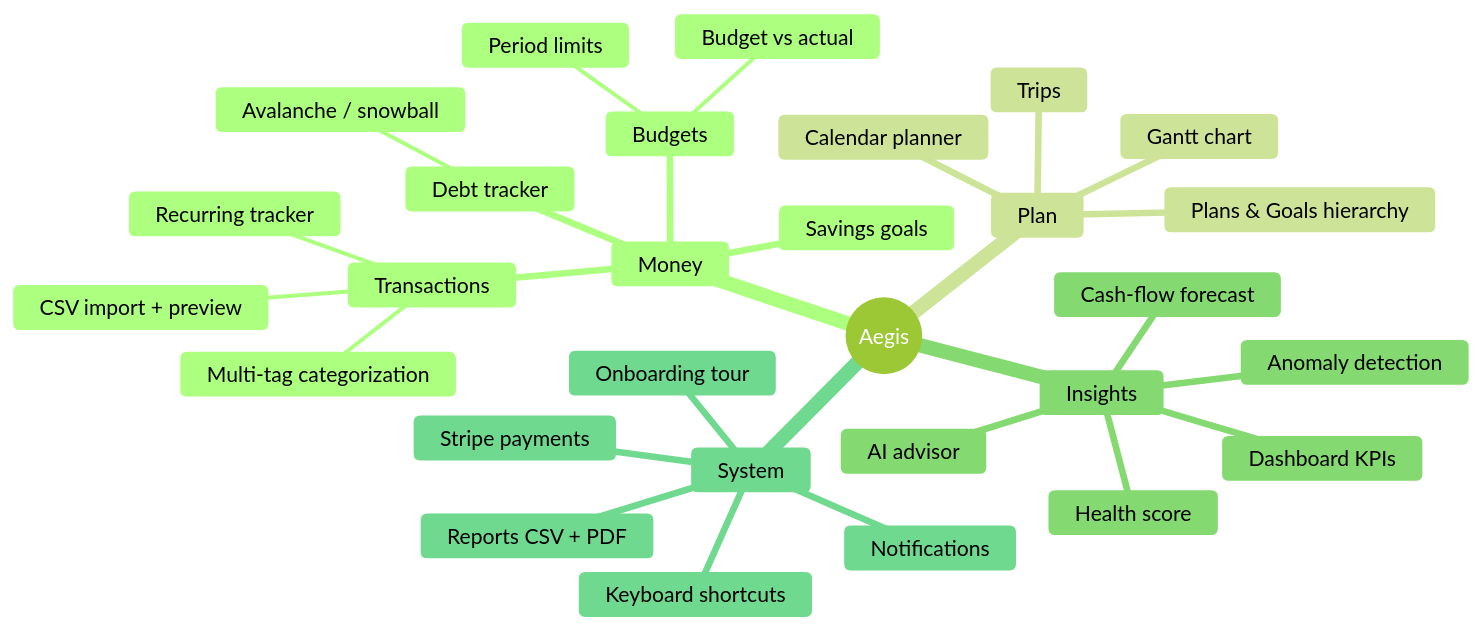
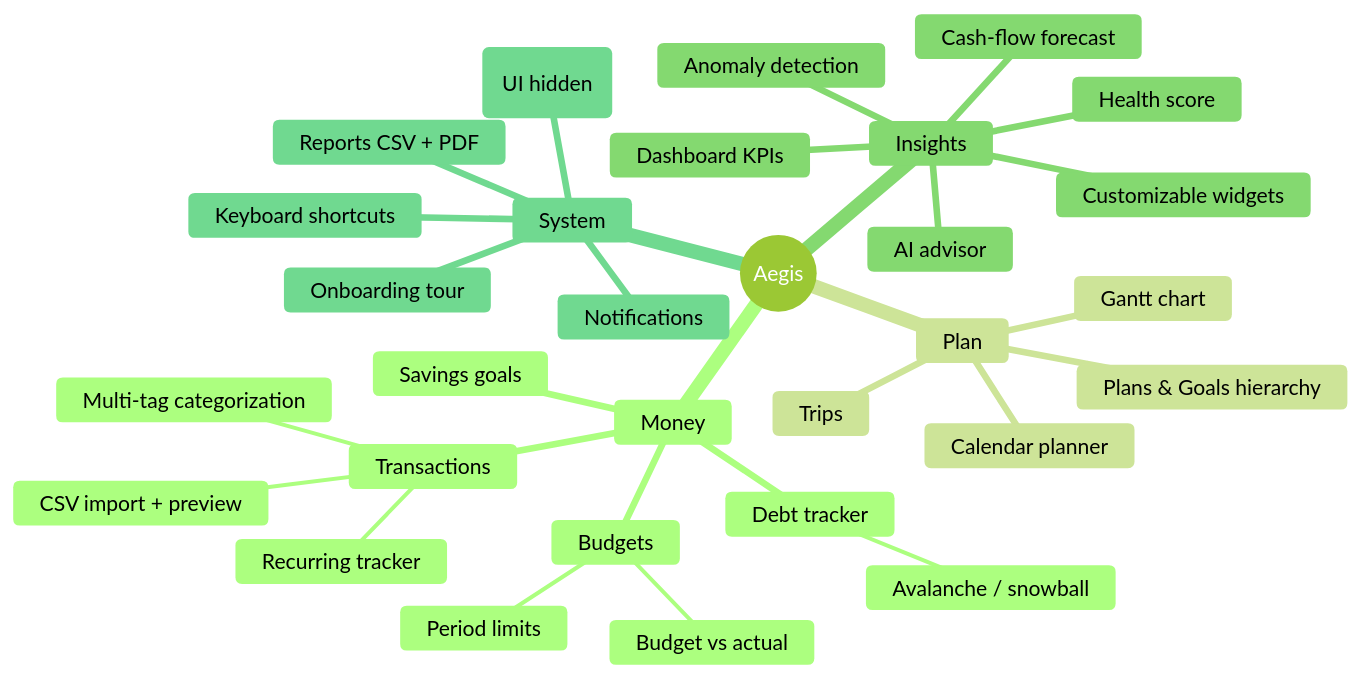
One commit to santapong/Aegis changed the diagram in docs/diagrams/src/readme-features.mmd. Above: the diagram before and after it, drawn with Mermaid (forest theme). The commit also changed 6 other files, not shown here.

First line of the commit message:
docs(diagrams): reflect v1.3.0 UX changes in frontend-facing diagrams

```diff
--- a/docs/diagrams/src/readme-features.mmd
+++ b/docs/diagrams/src/readme-features.mmd
@@ -1,30 +1,31 @@
 mindmap
   root((Aegis))
     Money
       Transactions
         CSV import + preview
         Recurring tracker
         Multi-tag categorization
       Budgets
         Period limits
         Budget vs actual
       Savings goals
       Debt tracker
         Avalanche / snowball
     Plan
       Plans & Goals hierarchy
       Calendar planner
       Gantt chart
       Trips
     Insights
       Dashboard KPIs
       Cash-flow forecast
       Health score
       Anomaly detection
+      Customizable widgets
       AI advisor
     System
       Reports CSV + PDF
-      Stripe payments
+      Stripe payments API (UI hidden)
       Notifications
       Onboarding tour
       Keyboard shortcuts
```
